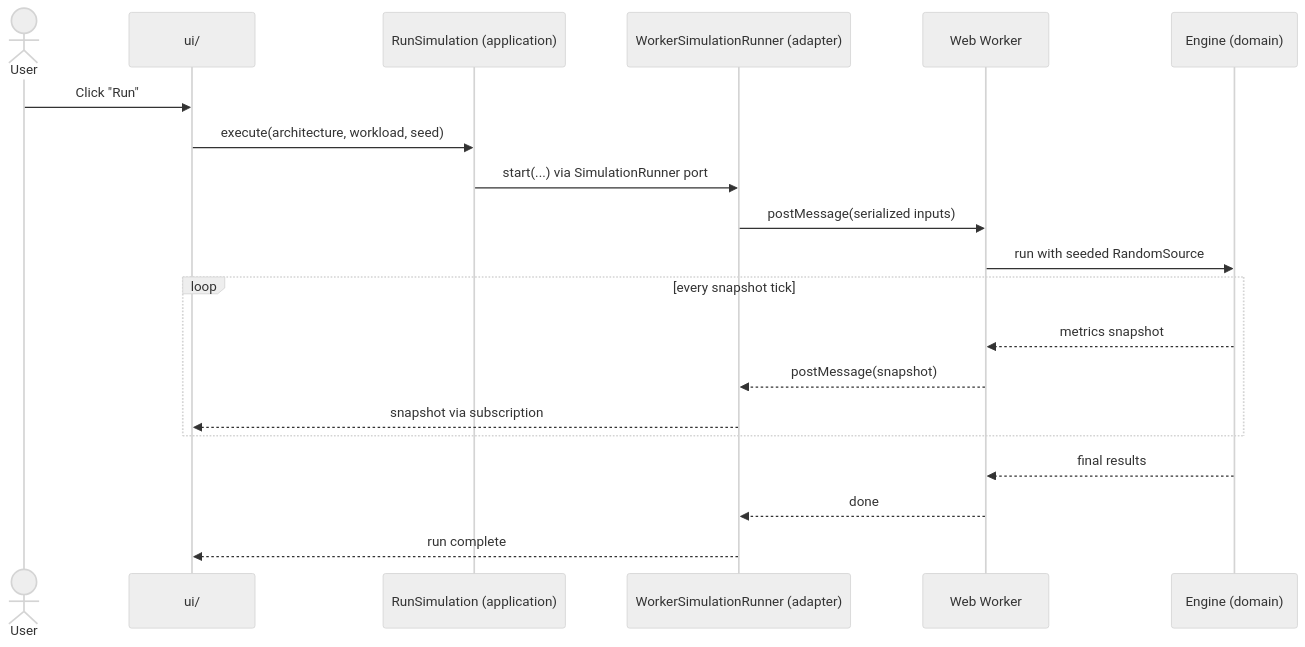
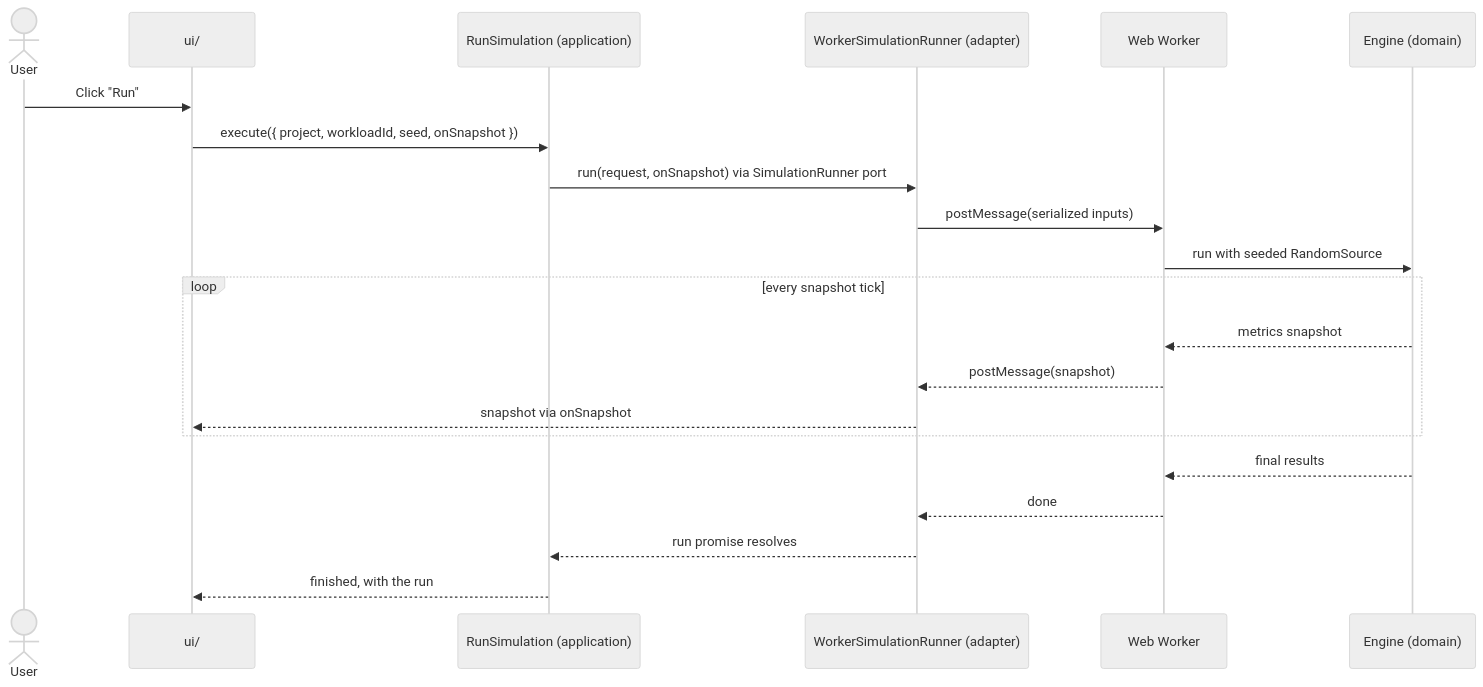
One commit to alanbickel/wind-tunnel changed the third of 3 diagrams in docs/architecture/README.md. Above: the diagram before and after it, drawn with Mermaid (neutral theme). The commit also changed other lines of this file and 5 other files, not shown here.

````diff
--- a/docs/architecture/README.md
+++ b/docs/architecture/README.md
@@ -122,23 +122,24 @@
 ```mermaid
 sequenceDiagram
     actor User
     participant UI as ui/
     participant UC as RunSimulation (application)
     participant WB as WorkerSimulationRunner (adapter)
     participant W as Web Worker
     participant E as Engine (domain)
 
     User->>UI: Click "Run"
-    UI->>UC: execute(architecture, workload, seed)
-    UC->>WB: start(...) via SimulationRunner port
+    UI->>UC: execute({ project, workloadId, seed, onSnapshot })
+    UC->>WB: run(request, onSnapshot) via SimulationRunner port
     WB->>W: postMessage(serialized inputs)
     W->>E: run with seeded RandomSource
     loop every snapshot tick
         E-->>W: metrics snapshot
         W-->>WB: postMessage(snapshot)
-        WB-->>UI: snapshot via subscription
+        WB-->>UI: snapshot via onSnapshot
     end
     E-->>W: final results
     W-->>WB: done
-    WB-->>UI: run complete
+    WB-->>UC: run promise resolves
+    UC-->>UI: finished, with the run
 ```
````
